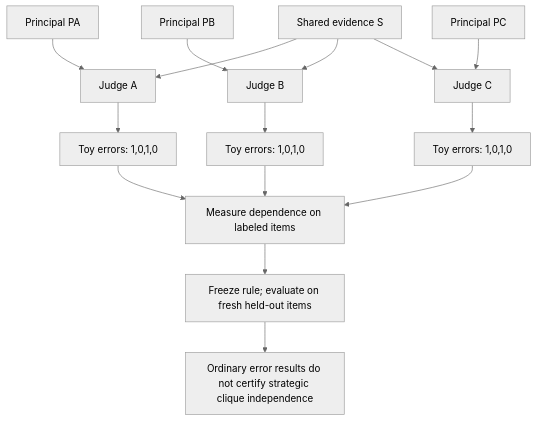
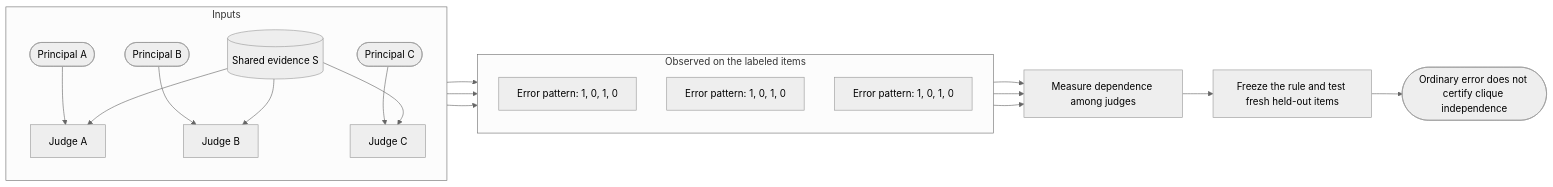
Before and after one commit to curiositech/port-daddy: the diagram in docs/research/agent-skills-expansion-20260924/book-figure-ports/book-drafts/judges-revisions-conflicts/judges-source.mmd, drawn with Mermaid (neutral theme). The commit also changed 122 other files, not shown here.

```diff
--- a/docs/research/agent-skills-expansion-20260924/book-figure-ports/book-drafts/judges-revisions-conflicts/judges-source.mmd
+++ b/docs/research/agent-skills-expansion-20260924/book-figure-ports/book-drafts/judges-revisions-conflicts/judges-source.mmd
@@ -1,15 +1,21 @@
-flowchart TB
-  PA[Principal PA] --> A[Judge A]
-  PB[Principal PB] --> B[Judge B]
-  PC[Principal PC] --> C[Judge C]
-  S[Shared evidence S] --> A
-  S --> B
-  S --> C
-  A --> EA["Toy errors: 1,0,1,0"]
-  B --> EB["Toy errors: 1,0,1,0"]
-  C --> EC["Toy errors: 1,0,1,0"]
-  EA --> M[Measure dependence on labeled items]
+flowchart LR
+  subgraph Inputs[Inputs]
+    direction TB
+    PA([Principal A]) --> A[Judge A]
+    PB([Principal B]) --> B[Judge B]
+    PC([Principal C]) --> C[Judge C]
+    S[(Shared evidence S)] --> A
+    S --> B
+    S --> C
+  end
+  subgraph Observed[Observed on the labeled items]
+    direction TB
+    A --> EA["Error pattern: 1, 0, 1, 0"]
+    B --> EB["Error pattern: 1, 0, 1, 0"]
+    C --> EC["Error pattern: 1, 0, 1, 0"]
+  end
+  EA --> M[Measure dependence among judges]
   EB --> M
   EC --> M
-  M --> H[Freeze rule; evaluate on fresh held-out items]
-  H --> L[Ordinary error results do not certify strategic clique independence]
+  M --> H[Freeze the rule and test fresh held-out items]
+  H --> L([Ordinary error does not certify clique independence])
```
